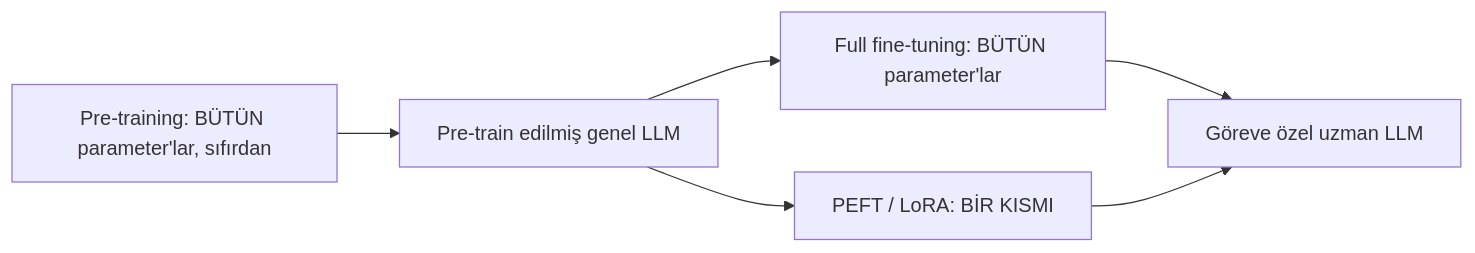
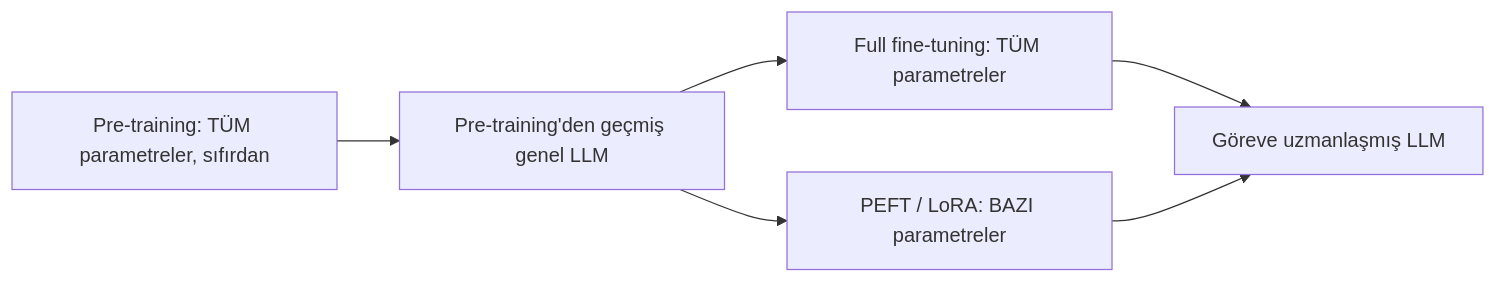
One commit to lokumai/ai-engineering-bazaar changed the third of 4 diagrams in mini-courses/1_fundamentals/training_tr.md. Above: the diagram before and after it, drawn with Mermaid. The commit also changed other lines of this file and 63 other files, not shown here.

````diff
--- a/mini-courses/1_fundamentals/training_tr.md
+++ b/mini-courses/1_fundamentals/training_tr.md
@@ -231,8 +204,8 @@
 ```mermaid
 graph LR
-    A["Pre-training: BÜTÜN parameter'lar, sıfırdan"] --> B["Pre-train edilmiş genel LLM"]
-    B --> C["Full fine-tuning: BÜTÜN parameter'lar"]
-    B --> D["PEFT / LoRA: BİR KISMI"]
-    C --> E["Göreve özel uzman LLM"]
+    A["Pre-training: TÜM parametreler, sıfırdan"] --> B["Pre-training'den geçmiş genel LLM"]
+    B --> C["Full fine-tuning: TÜM parametreler"]
+    B --> D["PEFT / LoRA: BAZI parametreler"]
+    C --> E["Göreve uzmanlaşmış LLM"]
     D --> E
 ```
````
